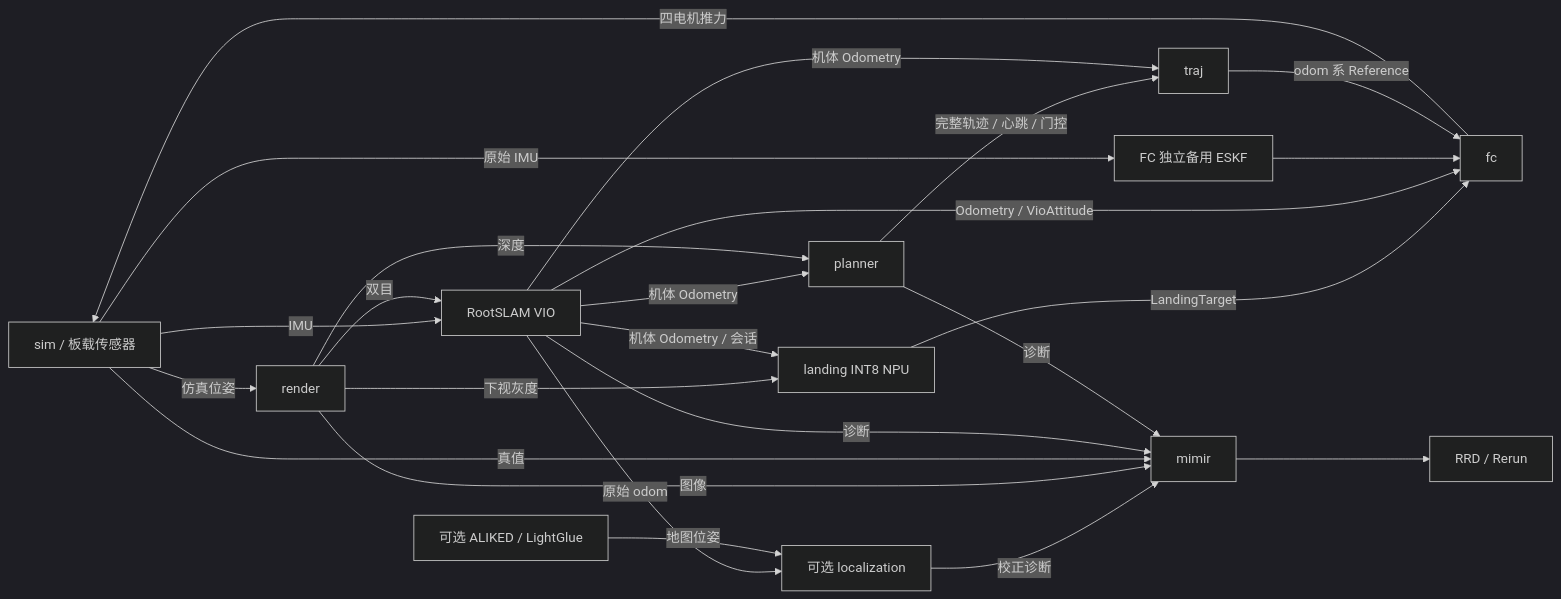
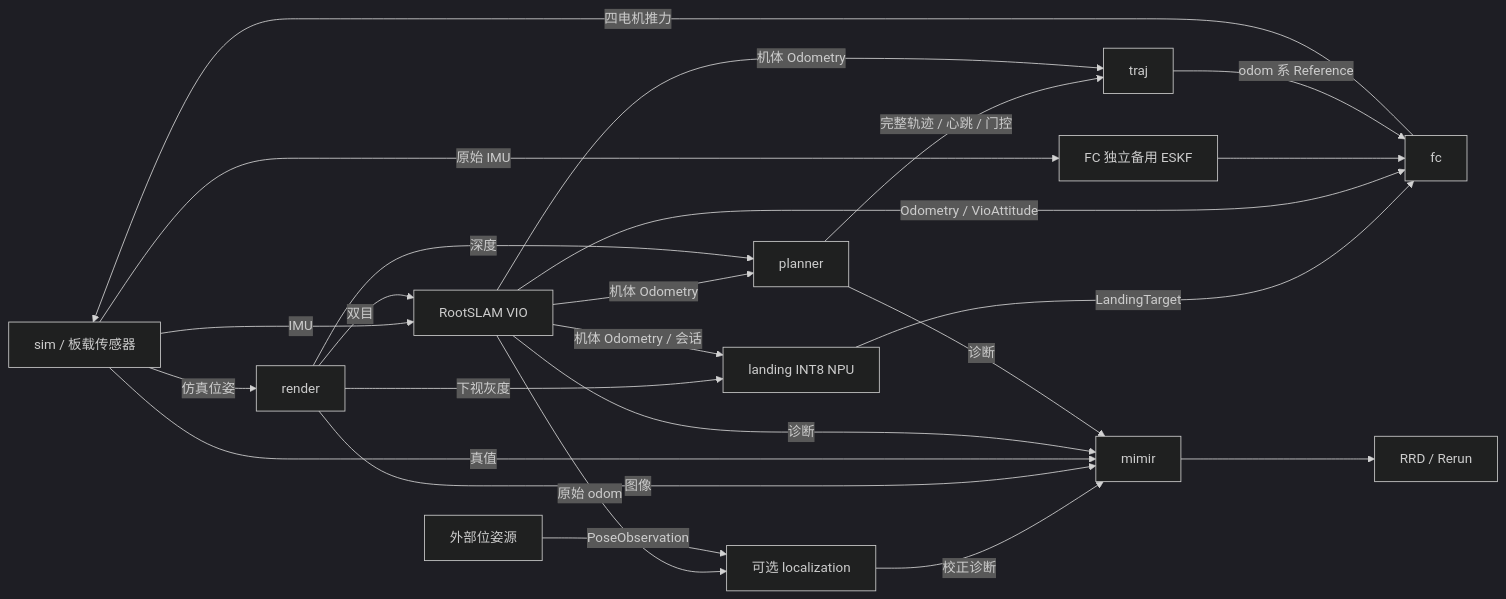
The first of 3 diagrams in docs/architecture.md (3SE-Competitive-Robotics-Team/firefly), drawn with Mermaid (dark theme) before and after one commit. The commit also changed other lines of this file and 37 other files, not shown here.

Commit message:
refactor(vision): 将 ALIKED 与 LightGlue 工具链移出主干

````diff
--- a/docs/architecture.md
+++ b/docs/architecture.md
@@ -14,26 +14,26 @@
 ```mermaid
 flowchart LR
     SIM[sim / 板载传感器] -->|IMU| V[RootSLAM VIO]
     SIM -->|仿真位姿| R[render]
     R -->|双目| V
     R -->|下视灰度| LAND[landing INT8 NPU]
     V -->|机体 Odometry / 会话| LAND
     LAND -->|LandingTarget| F
     V -->|Odometry / VioAttitude| F[fc]
     SIM -->|原始 IMU| I[FC 独立备用 ESKF]
     I --> F
     F -->|四电机推力| SIM
     V -->|机体 Odometry| P[planner]
     R -->|深度| P
     P -->|完整轨迹 / 心跳 / 门控| T[traj]
     V -->|机体 Odometry| T
     T -->|odom 系 Reference| F
     V -->|原始 odom| L[可选 localization]
-    A[可选 ALIKED / LightGlue] -->|地图位姿| L
+    A[外部位姿源] -->|PoseObservation| L
     L -->|校正诊断| D[mimir]
     R -->|图像| D
     SIM -->|真值| D
     V -->|诊断| D
     P -->|诊断| D
     D --> RRD[RRD / Rerun]
 ```
````
